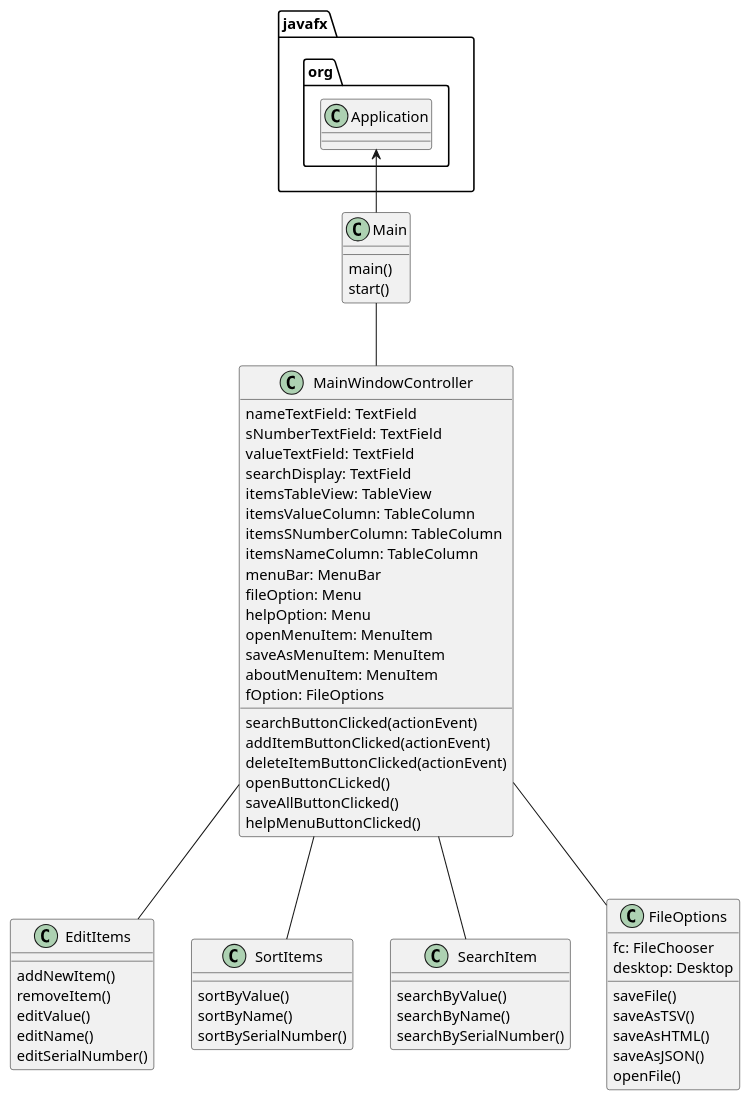
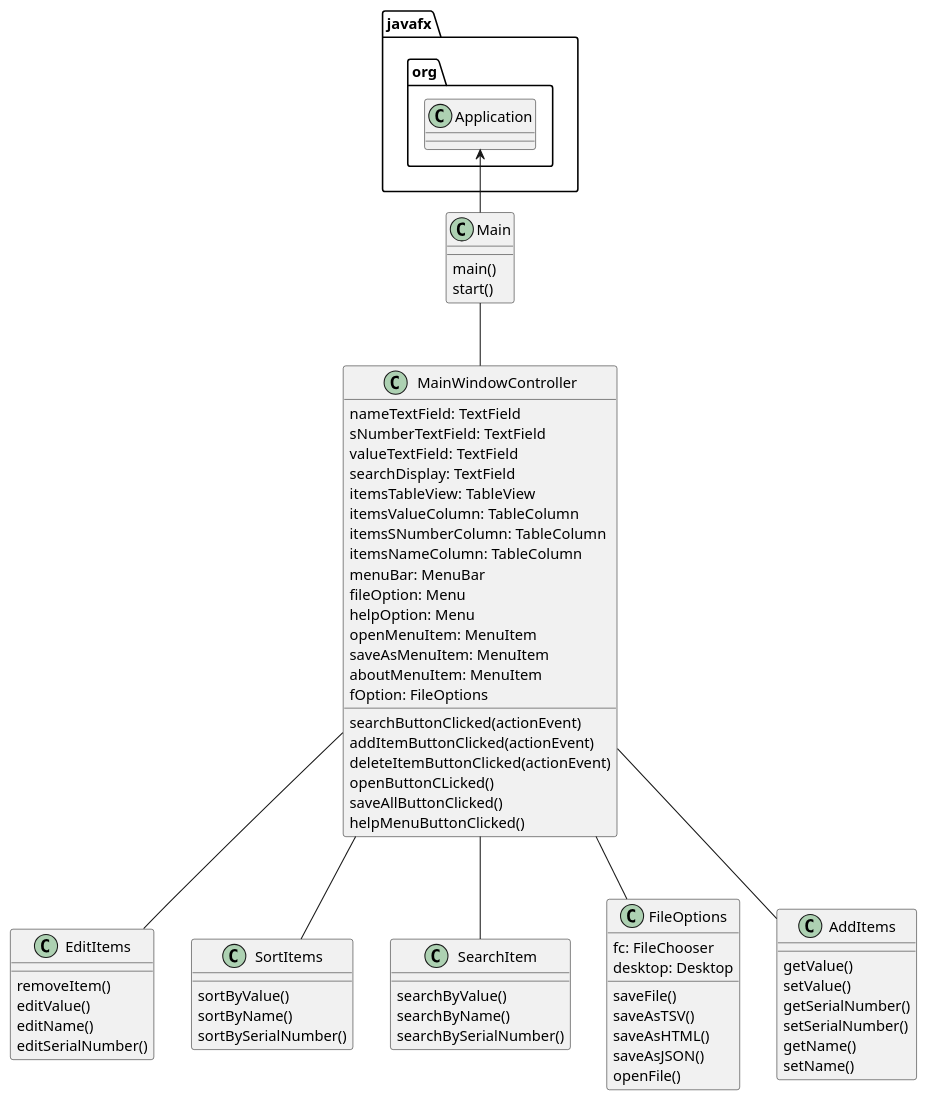
Before and after one commit to martucciv/martucci-7308-a5: the diagram in uml/Assignment5.puml, drawn with PlantUML. The commit also changed 3 other files, not shown here.

```diff
--- a/uml/Assignment5.puml
+++ b/uml/Assignment5.puml
@@ -1,72 +1,81 @@
 @startuml
 
 javafx.org.Application <-- Main
 Main -- MainWindowController
 MainWindowController -- EditItems
 MainWindowController -- SortItems
 MainWindowController -- SearchItem
 MainWindowController -- FileOptions
+MainWindowController -- AddItems
 
 class Main{
     main()
     start()
 }
 
 class MainWindowController{
     nameTextField: TextField
     sNumberTextField: TextField
     valueTextField: TextField
     searchDisplay: TextField
     itemsTableView: TableView
     itemsValueColumn: TableColumn
     itemsSNumberColumn: TableColumn
     itemsNameColumn: TableColumn
     menuBar: MenuBar
     fileOption: Menu
     helpOption: Menu
     openMenuItem: MenuItem
     saveAsMenuItem: MenuItem
     aboutMenuItem: MenuItem
     fOption: FileOptions
 
     searchButtonClicked(actionEvent)
     addItemButtonClicked(actionEvent)
     deleteItemButtonClicked(actionEvent)
     openButtonCLicked()
     saveAllButtonClicked()
     helpMenuButtonClicked()
 }
 
+class AddItems{
+    getValue()
+    setValue()
+    getSerialNumber()
+    setSerialNumber()
+    getName()
+    setName()
+}
+
 class EditItems {
-    addNewItem()
     removeItem()
     editValue()
     editName()
     editSerialNumber()
 }
 
 class SortItems{
     sortByValue()
     sortByName()
     sortBySerialNumber()
 }
 
 class SearchItem{
     searchByValue()
     searchByName()
     searchBySerialNumber()
 }
 
 class FileOptions{
     fc: FileChooser
     desktop: Desktop
 
     saveFile()
     saveAsTSV()
     saveAsHTML()
     saveAsJSON()
     openFile()
 }
 
 
 @enduml
```
